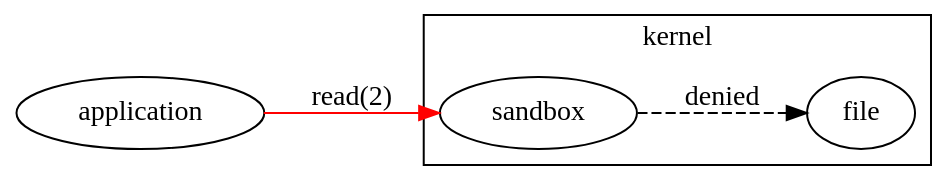
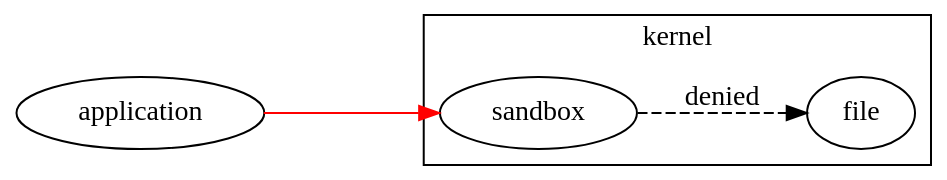
One commit to kristapsdz/bchs changed the diagram in pledge-fig2.dot. Above: the diagram before and after it, drawn with Graphviz. The commit also changed 4 other files, not shown here.

```diff
--- a/pledge-fig2.dot
+++ b/pledge-fig2.dot
@@ -1,13 +1,13 @@
 digraph {
 	graph [rankdir="LR"];
 	bgcolor="transparent";
 
 	app [label="application"];
 	subgraph cluster_0 {
 		label="kernel";
 		sandbox [label="sandbox"];
 		res [label="file"];
 		sandbox -> res [style="dashed"; label="denied"]; 
 	};
-	app -> sandbox [label="read(2)"; color="red"];
+	app -> sandbox [label="read(2)"; color="red"; fontcolor="white"];
 }
```
